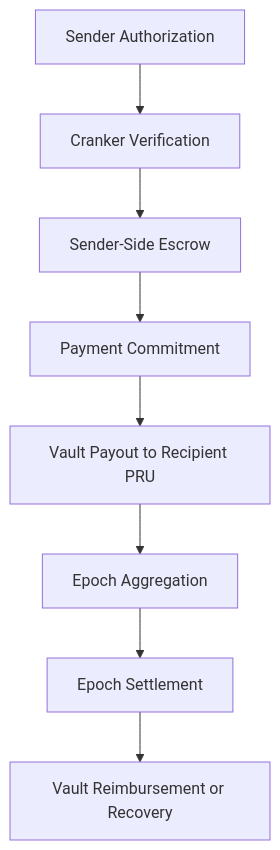
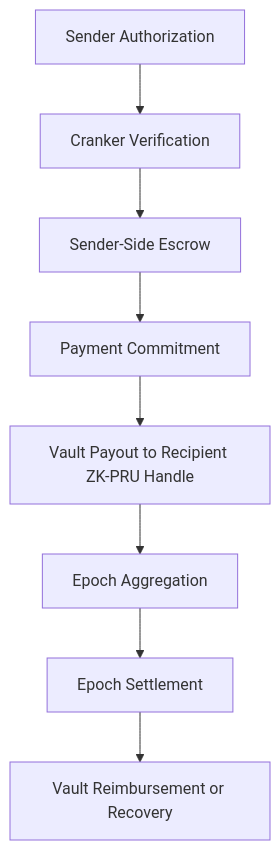
One commit to Trustlink-Labs/TSN-Protocol changed the fifth of 8 diagrams in README.md. Above: the diagram before and after it, drawn with Mermaid. The commit also changed other lines of this file, not shown here.

````diff
--- a/README.md
+++ b/README.md
@@ -173,10 +173,10 @@
 ```mermaid
 flowchart TD
     A[Sender Authorization] --> B[Cranker Verification]
     B --> C[Sender-Side Escrow]
     C --> D[Payment Commitment]
-    D --> E[Vault Payout to Recipient PRU]
+    D --> E[Vault Payout to Recipient ZK-PRU Handle]
     E --> F[Epoch Aggregation]
     F --> G[Epoch Settlement]
     G --> H[Vault Reimbursement or Recovery]
 ```
````
